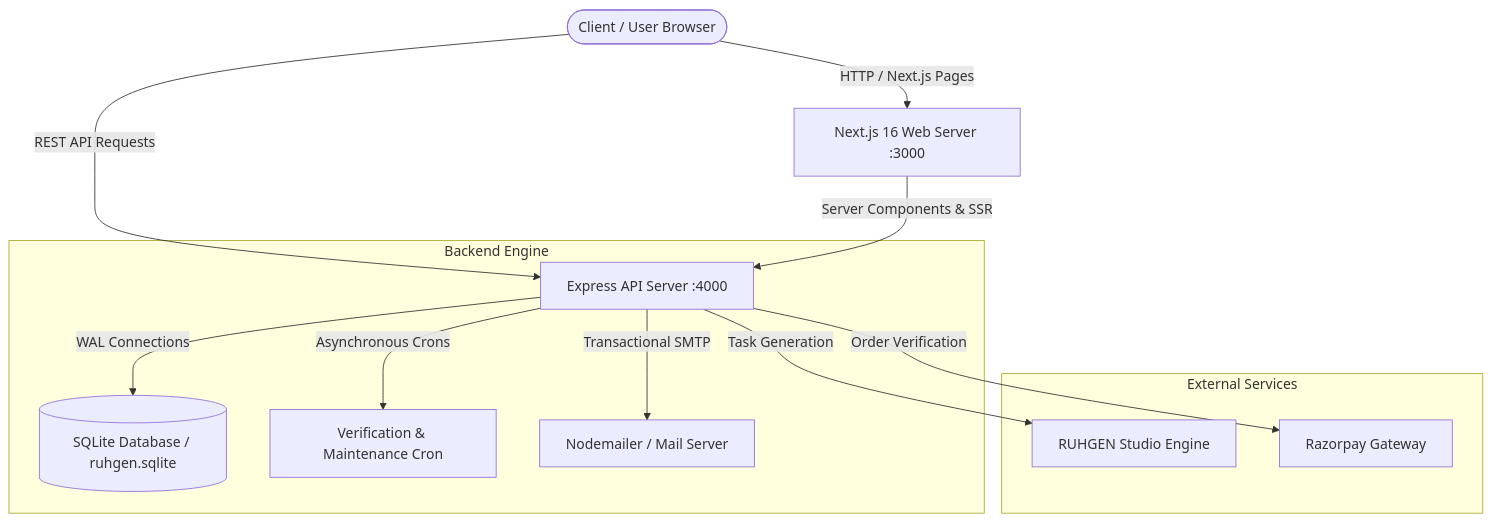
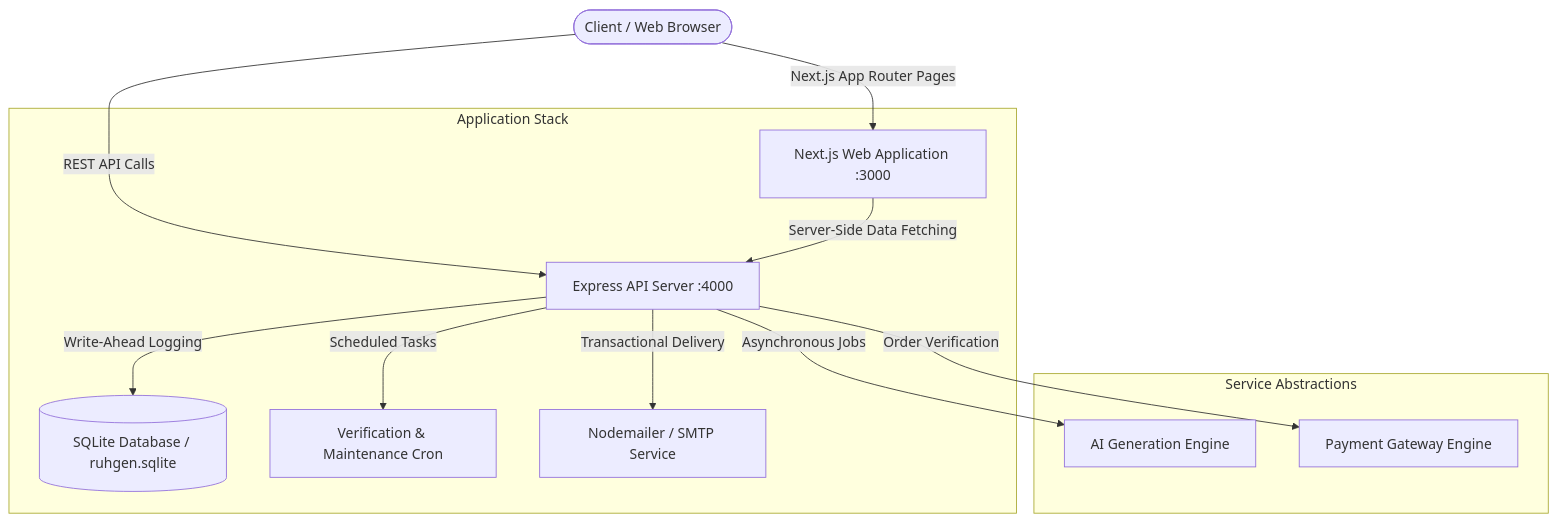
Before and after one commit to asghermehboob2f-works/RUHGEN: the second of 2 diagrams in README.md, drawn with Mermaid. The commit also changed other lines of this file, not shown here.

````diff
--- a/README.md
+++ b/README.md
@@ -122,18 +168,17 @@
 ```mermaid
 graph TD
-    User([Client / User Browser]) -->|HTTP / Next.js Pages| Frontend[Next.js 16 Web Server :3000]
-    User -->|REST API Requests| Backend[Express API Server :4000]
-    
-    Frontend -->|Server Components & SSR| Backend
-    
-    subgraph Backend Engine
-        Backend -->|WAL Connections| DB[(SQLite Database / ruhgen.sqlite)]
-        Backend -->|Asynchronous Crons| Cron[Verification & Maintenance Cron]
-        Backend -->|Transactional SMTP| Mail[Nodemailer / Mail Server]
+    User([Client / Web Browser]) -->|Next.js App Router Pages| Frontend[Next.js Web Application :3000]
+    User -->|REST API Calls| Backend[Express API Server :4000]
+
+    subgraph Application Stack
+        Frontend -->|Server-Side Data Fetching| Backend
+        Backend -->|Write-Ahead Logging| SQLite[(SQLite Database / ruhgen.sqlite)]
+        Backend -->|Scheduled Tasks| Cron[Verification & Maintenance Cron]
+        Backend -->|Transactional Delivery| Mail[Nodemailer / SMTP Service]
     end
-    
-    subgraph External Services
-        Backend -->|Task Generation| GenerationAPI[RUHGEN Studio Engine]
-        Backend -->|Order Verification| Razorpay[Razorpay Gateway]
+
+    subgraph Service Abstractions
+        Backend -->|Asynchronous Jobs| GenerationAPI[AI Generation Engine]
+        Backend -->|Order Verification| PaymentAPI[Payment Gateway Engine]
     end
 ```
````
